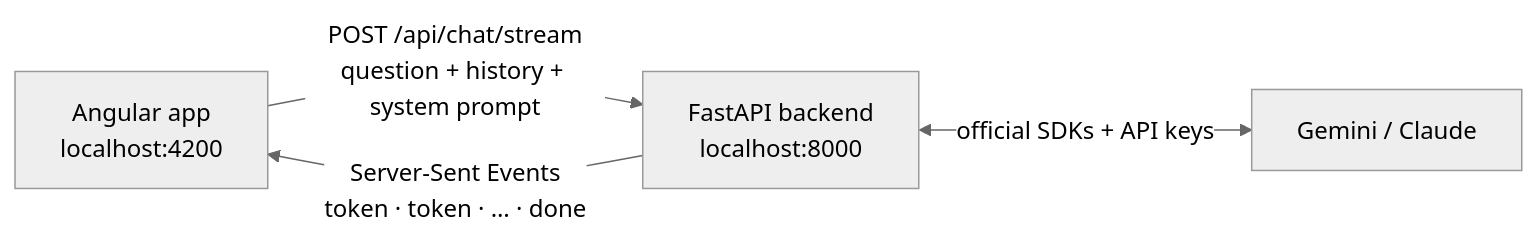
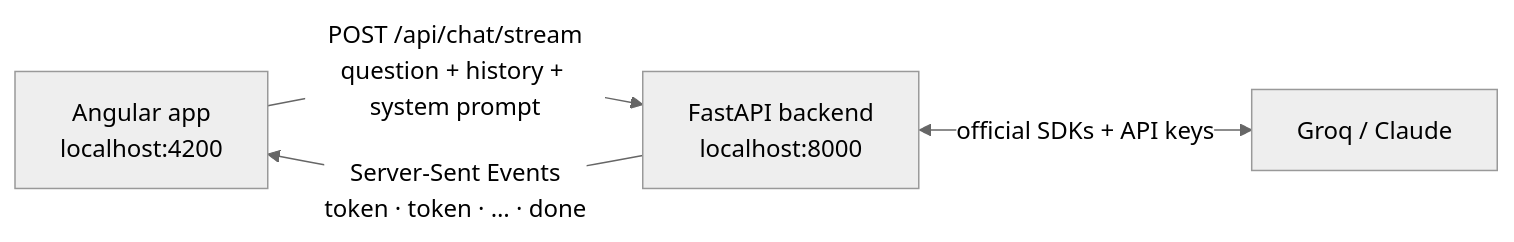
Before and after one commit to Majjigi/chatbox: the diagram in README.md, drawn with Mermaid (neutral theme). The commit also changed other lines of this file and 22 other files, not shown here.

First line of the commit message:
Phase 8: swap Gemini for Groq (free API key)

````diff
--- a/README.md
+++ b/README.md
@@ -21,6 +21,6 @@
 ```mermaid
 flowchart LR
     A["Angular app<br/>localhost:4200"] -- "POST /api/chat/stream<br/>question + history + system prompt" --> B["FastAPI backend<br/>localhost:8000"]
     B -- "Server-Sent Events<br/>token · token · … · done" --> A
-    B <-- "official SDKs + API keys" --> C["Gemini / Claude"]
+    B <-- "official SDKs + API keys" --> C["Groq / Claude"]
 ```
````
